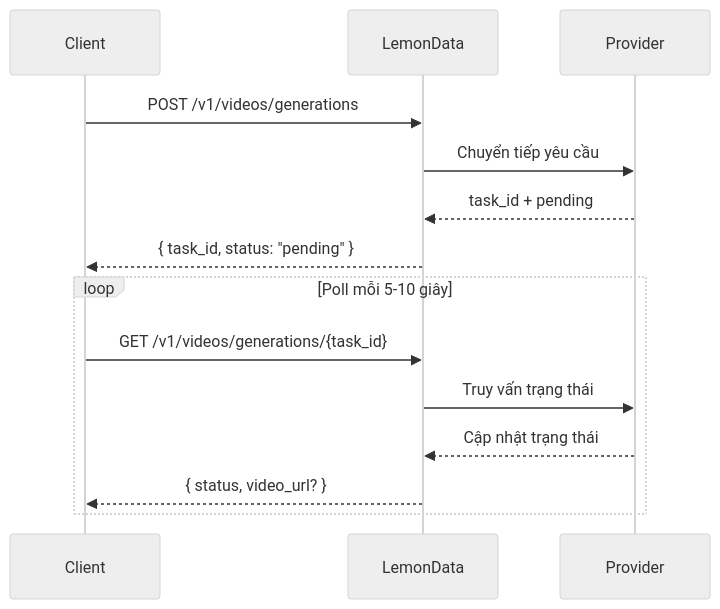
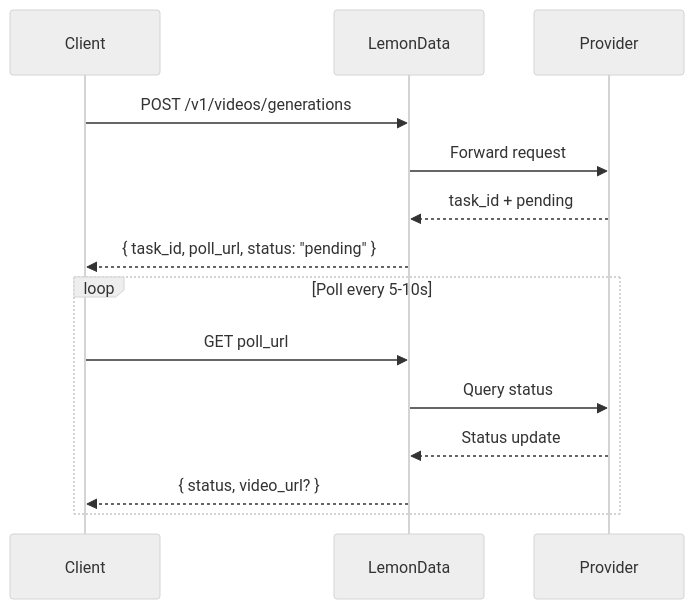
Before and after one commit to hedging8563/lemondata-docs: the diagram in vi/guides/video-generation.mdx, drawn with Mermaid (neutral theme). The commit also changed other lines of this file and 40 other files, not shown here.

````diff
--- a/vi/guides/video-generation.mdx
+++ b/vi/guides/video-generation.mdx
@@ -16,18 +16,18 @@
 ```mermaid
 sequenceDiagram
     participant Client
     participant LemonData
     participant Provider
 
     Client->>LemonData: POST /v1/videos/generations
-    LemonData->>Provider: Chuyển tiếp yêu cầu
+    LemonData->>Provider: Forward request
     Provider-->>LemonData: task_id + pending
-    LemonData-->>Client: { task_id, status: "pending" }
+    LemonData-->>Client: { task_id, poll_url, status: "pending" }
 
-    loop Poll mỗi 5-10 giây
-        Client->>LemonData: GET /v1/videos/generations/{task_id}
-        LemonData->>Provider: Truy vấn trạng thái
-        Provider-->>LemonData: Cập nhật trạng thái
+    loop Poll every 5-10s
+        Client->>LemonData: GET poll_url
+        LemonData->>Provider: Query status
+        Provider-->>LemonData: Status update
         LemonData-->>Client: { status, video_url? }
     end
 ```
````
